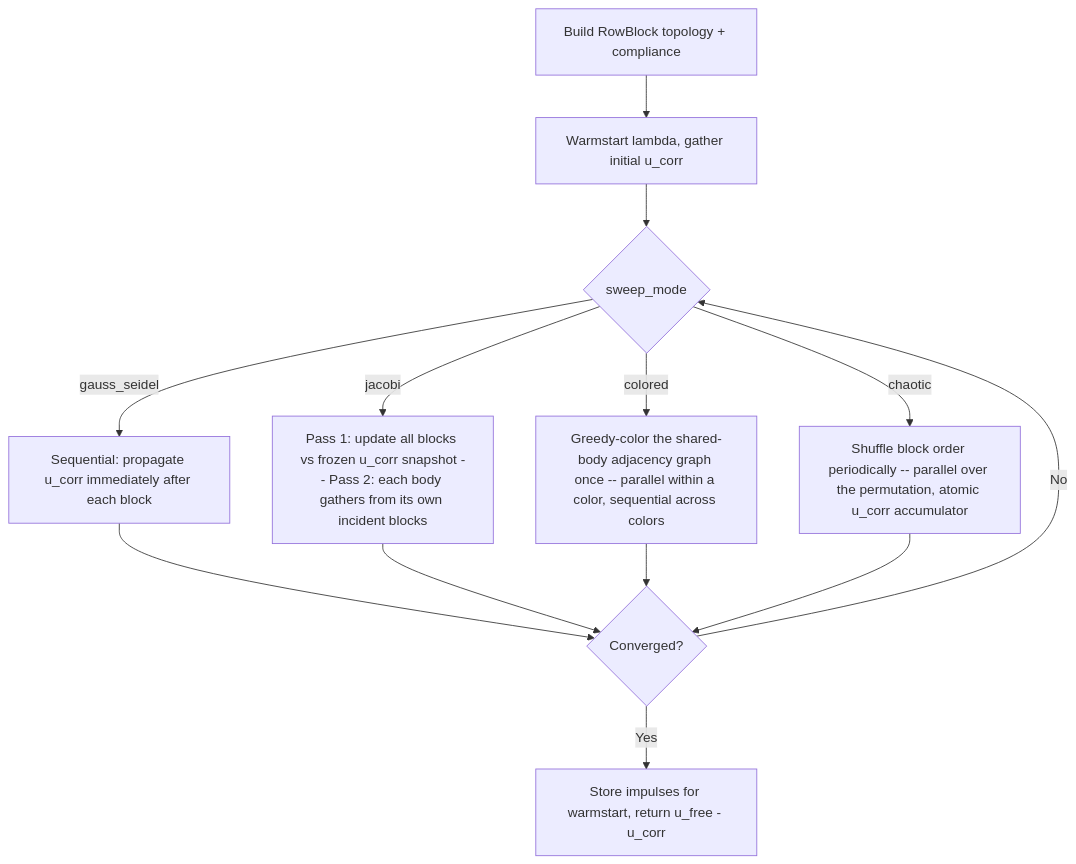
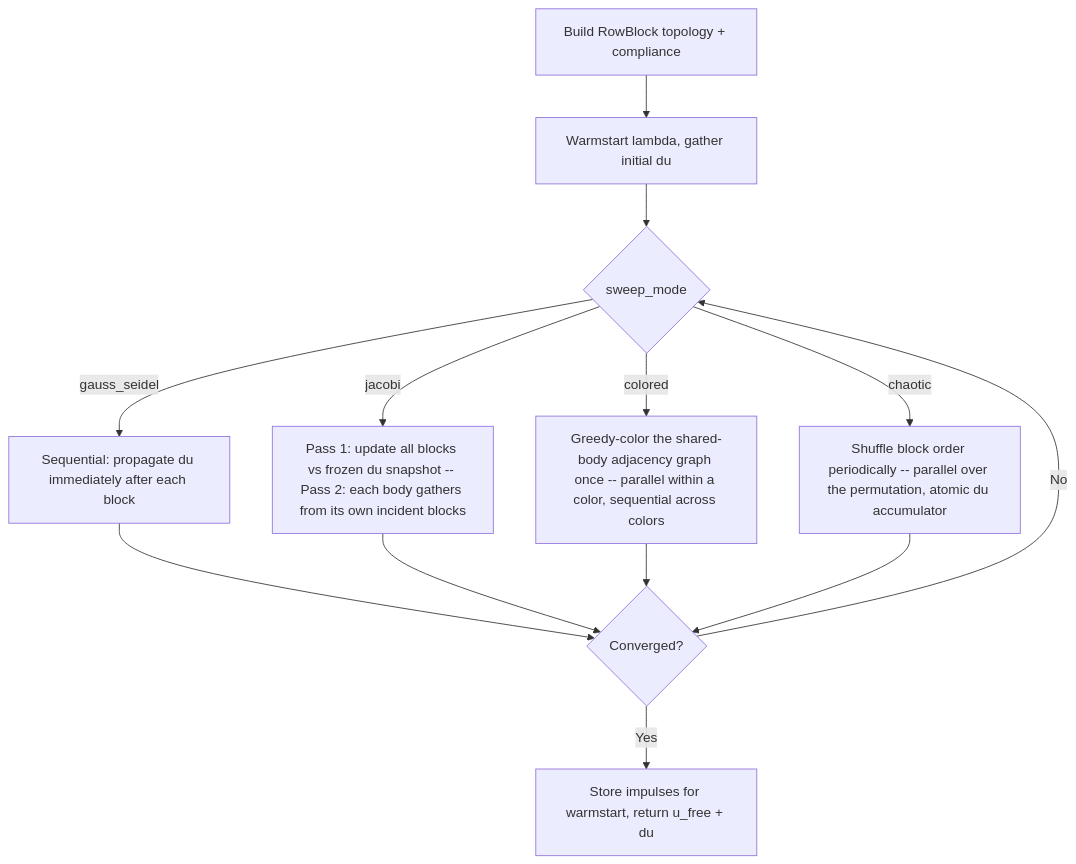
One commit to CardilloCxx/CardilloCxx changed the diagram in docs/chapters/solvers/condensed.rst. Above: the diagram before and after it, drawn with Mermaid. The commit also changed other lines of this file and 20 other files, not shown here.

```diff
--- a/docs/chapters/solvers/condensed.rst
+++ b/docs/chapters/solvers/condensed.rst
@@ -243,15 +248,15 @@
 .. mermaid::
 
    flowchart TD
-       A[Build RowBlock topology + compliance] --> B[Warmstart lambda, gather initial u_corr]
+       A[Build RowBlock topology + compliance] --> B[Warmstart lambda, gather initial du]
        B --> C{sweep_mode}
-       C -- gauss_seidel --> D[Sequential: propagate u_corr immediately after each block]
-       C -- jacobi --> E[Pass 1: update all blocks vs frozen u_corr snapshot -- Pass 2: each body gathers from its own incident blocks]
+       C -- gauss_seidel --> D[Sequential: propagate du immediately after each block]
+       C -- jacobi --> E[Pass 1: update all blocks vs frozen du snapshot -- Pass 2: each body gathers from its own incident blocks]
        C -- colored --> F[Greedy-color the shared-body adjacency graph once -- parallel within a color, sequential across colors]
-       C -- chaotic --> G[Shuffle block order periodically -- parallel over the permutation, atomic u_corr accumulator]
+       C -- chaotic --> G[Shuffle block order periodically -- parallel over the permutation, atomic du accumulator]
        D --> H{Converged?}
        E --> H
        F --> H
        G --> H
        H -- No --> C
-       H -- Yes --> I[Store impulses for warmstart, return u_free - u_corr]
+       H -- Yes --> I[Store impulses for warmstart, return u_free + du]
```
